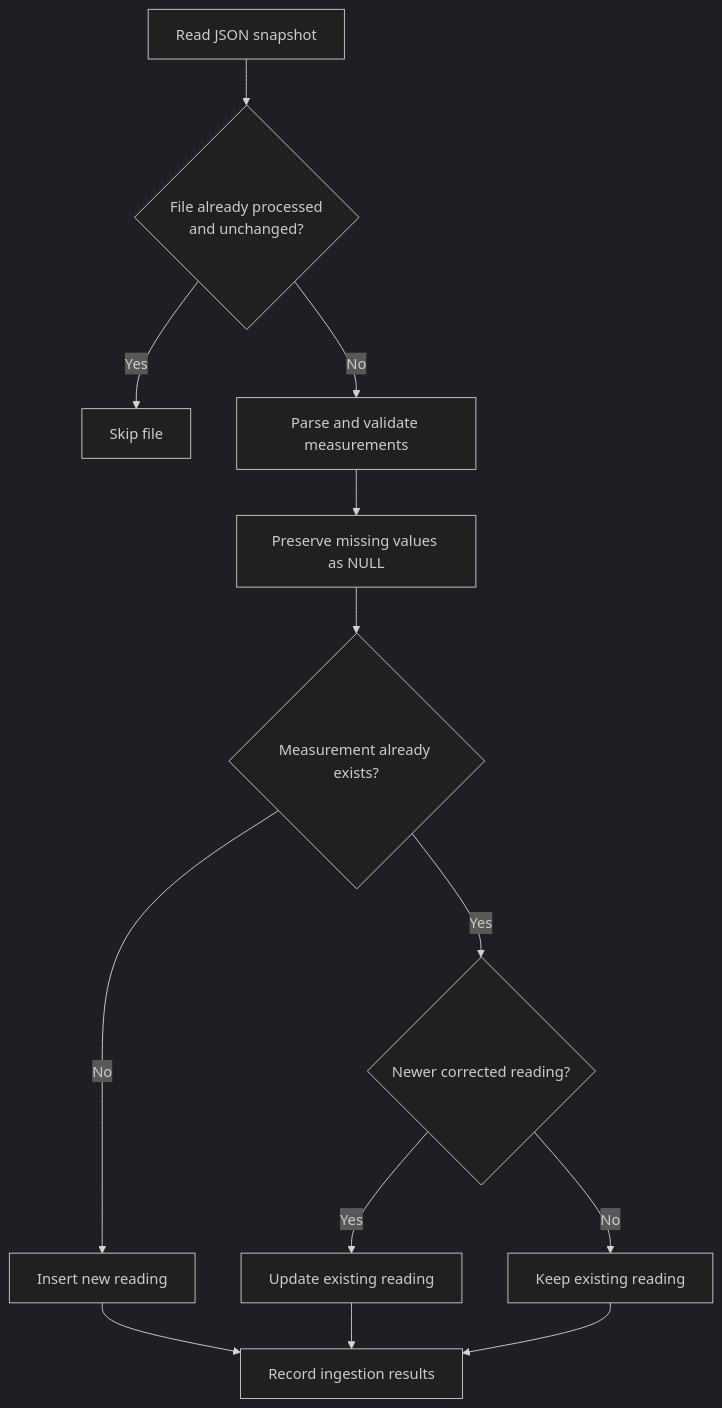
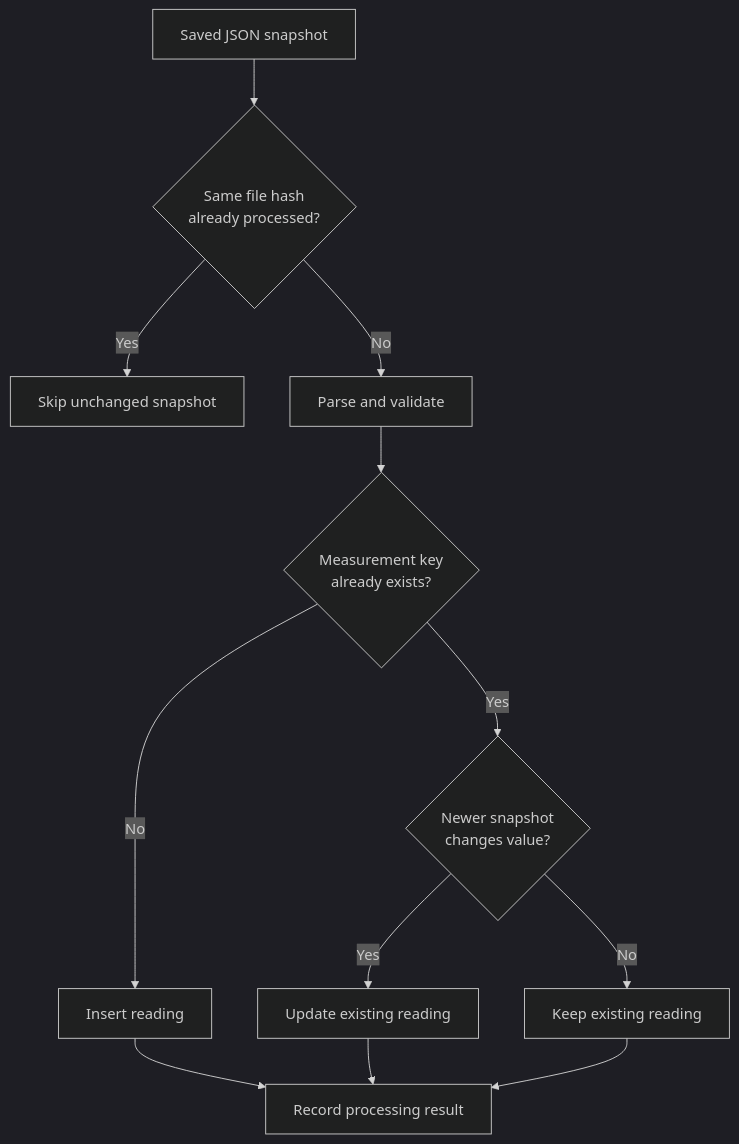
The third of 4 diagrams in README.md (parvathysn10/AirLens-London), drawn with Mermaid (dark theme) before and after one commit. The commit also changed other lines of this file, not shown here.

````diff
--- a/README.md
+++ b/README.md
@@ -133,22 +166,14 @@
 ```mermaid
 flowchart TD
-    A["Read JSON snapshot"]
-    B{"File already processed<br/>and unchanged?"}
-    C["Skip file"]
-    D["Parse and validate measurements"]
-    E["Preserve missing values as NULL"]
-    F{"Measurement already exists?"}
-    G["Insert new reading"]
-    H{"Newer corrected reading?"}
-    I["Update existing reading"]
-    J["Keep existing reading"]
-    K["Record ingestion results"]
-
-    A --> B
-    B -->|Yes| C
-    B -->|No| D --> E --> F
-    F -->|No| G --> K
-    F -->|Yes| H
-    H -->|Yes| I --> K
-    H -->|No| J --> K
+    A["Saved JSON snapshot"] --> B{"Same file hash<br/>already processed?"}
+    B -->|Yes| C["Skip unchanged snapshot"]
+    B -->|No| D["Parse and validate"]
+    D --> E{"Measurement key<br/>already exists?"}
+    E -->|No| F["Insert reading"]
+    E -->|Yes| G{"Newer snapshot<br/>changes value?"}
+    G -->|Yes| H["Update existing reading"]
+    G -->|No| I["Keep existing reading"]
+    F --> J["Record processing result"]
+    H --> J
+    I --> J
 ```
````
